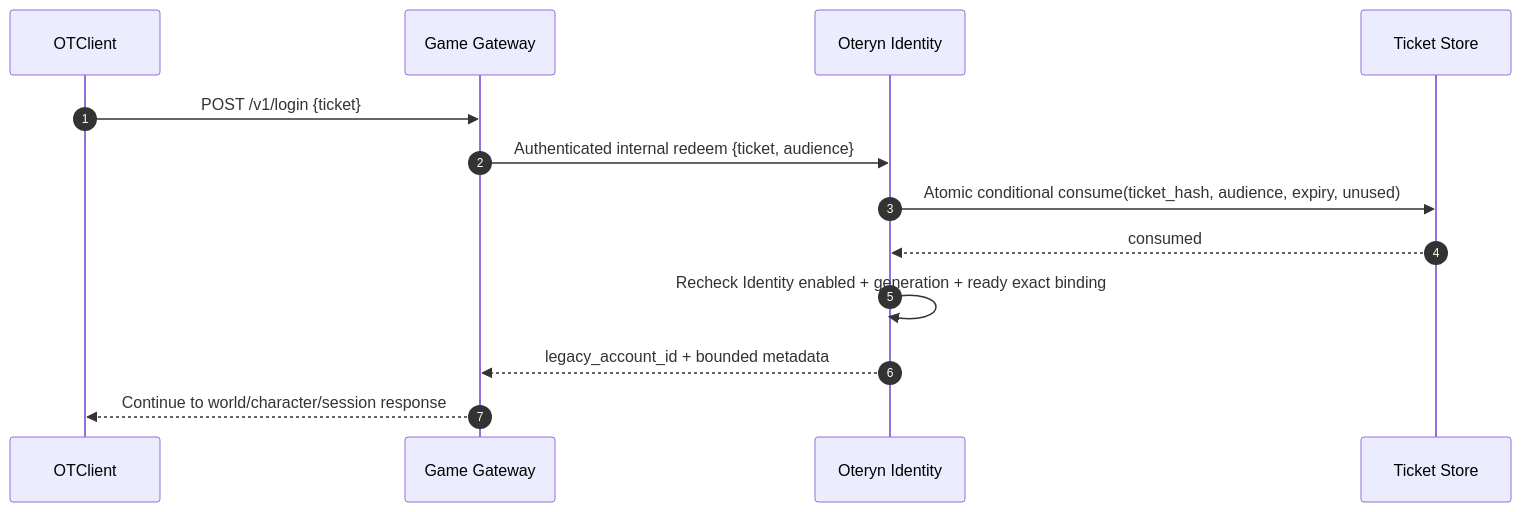
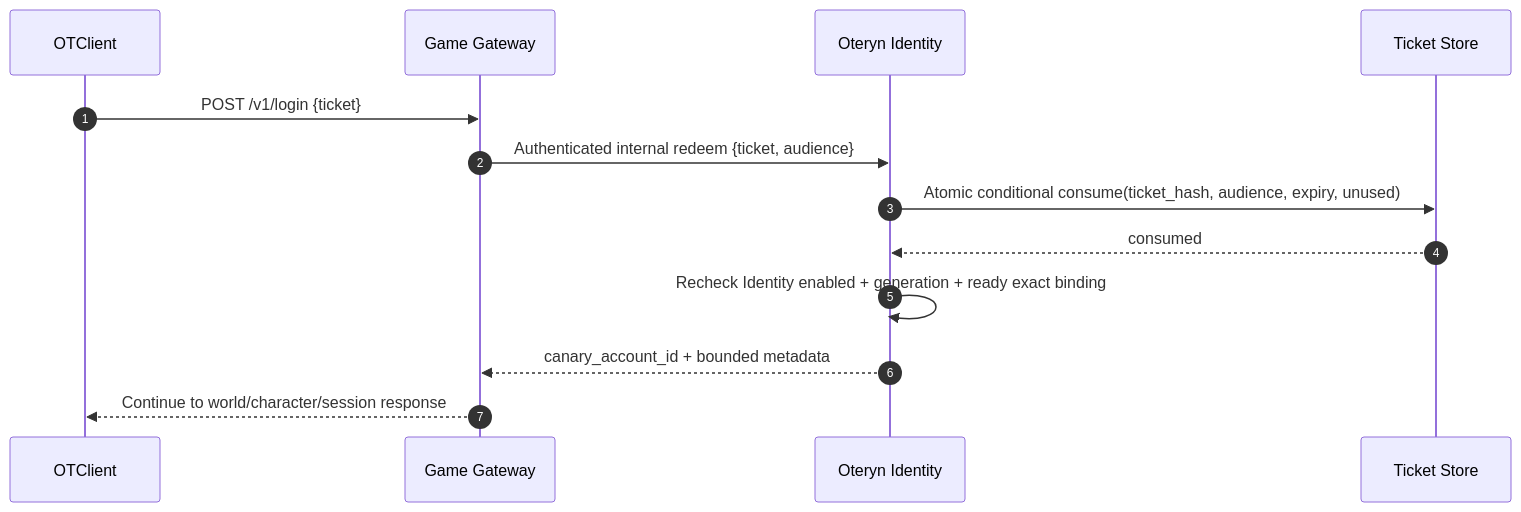
One commit to Oteryn/Oteryn-Platform changed the tenth of 24 diagrams in docs/architecture/GAME_AUTH_SEQUENCE_DIAGRAMS.md. Above: the diagram before and after it, drawn with Mermaid. The commit also changed other lines of this file and 5 other files, not shown here.

````diff
--- a/docs/architecture/GAME_AUTH_SEQUENCE_DIAGRAMS.md
+++ b/docs/architecture/GAME_AUTH_SEQUENCE_DIAGRAMS.md
@@ -250,16 +250,16 @@
 ```mermaid
 sequenceDiagram
     autonumber
     participant C as OTClient
     participant G as Game Gateway
     participant I as Oteryn Identity
     participant T as Ticket Store
 
     C->>G: POST /v1/login {ticket}
     G->>I: Authenticated internal redeem {ticket, audience}
     I->>T: Atomic conditional consume(ticket_hash, audience, expiry, unused)
     T-->>I: consumed
     I->>I: Recheck Identity enabled + generation + ready exact binding
-    I-->>G: legacy_account_id + bounded metadata
+    I-->>G: canary_account_id + bounded metadata
     G-->>C: Continue to world/character/session response
 ```
````
